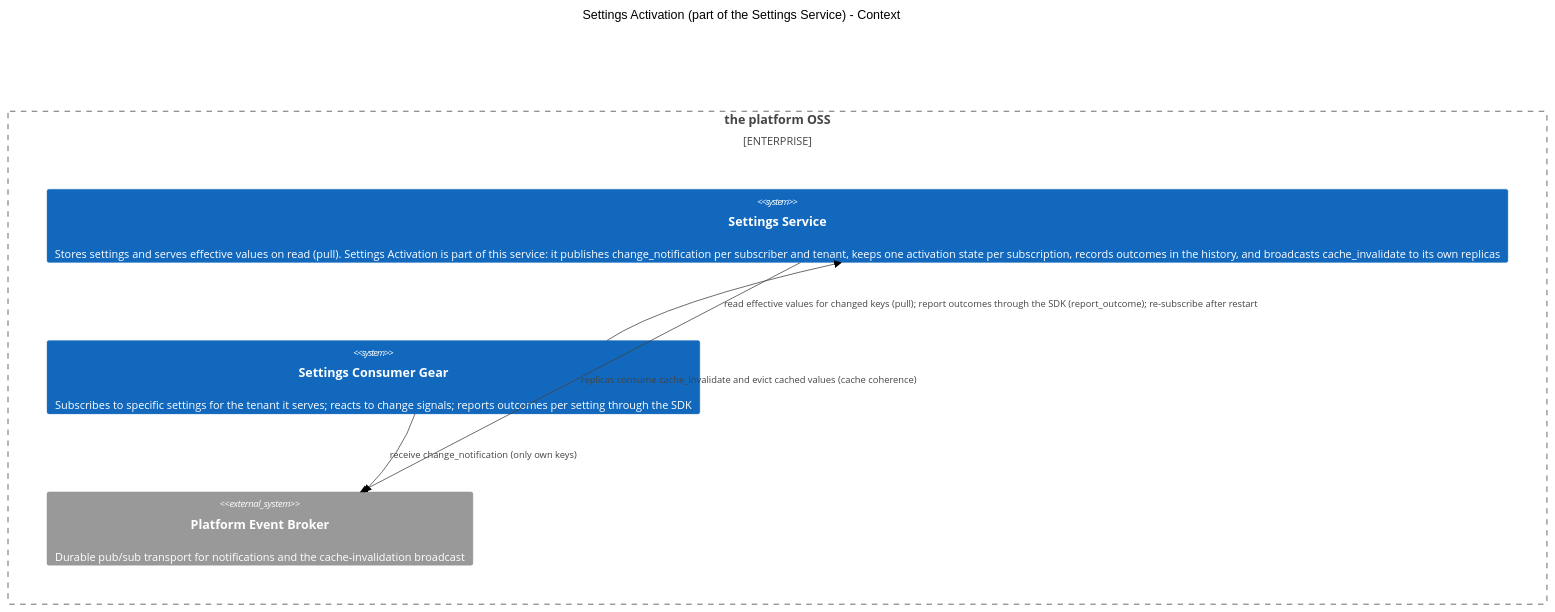
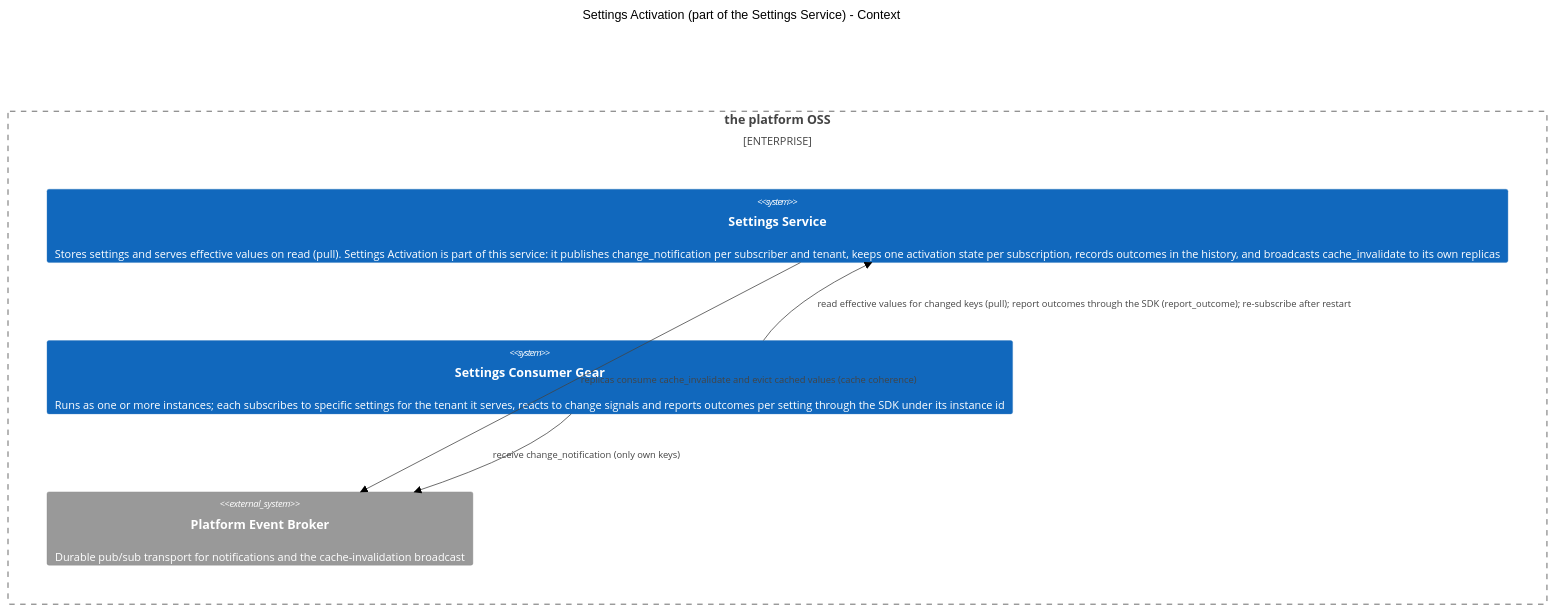
Before and after one commit to shaneemberton/gears-rust: the first of 6 diagrams in gears/settings-service/docs/DESIGN-activation.md, drawn with Mermaid (neutral theme). The commit also changed other lines of this file and 167 other files, not shown here.

````diff
--- a/gears/settings-service/docs/DESIGN-activation.md
+++ b/gears/settings-service/docs/DESIGN-activation.md
@@ -168,13 +168,13 @@
 ```mermaid
 C4Context
  title Settings Activation (part of the Settings Service) - Context
  Enterprise_Boundary(b0, "the platform OSS") {
  System(settings, "Settings Service", "Stores settings and serves effective values on read (pull). Settings Activation is part of this service: it publishes change_notification per subscriber and tenant, keeps one activation state per subscription, records outcomes in the history, and broadcasts cache_invalidate to its own replicas")
- System(consumer, "Settings Consumer Gear", "Subscribes to specific settings for the tenant it serves; reacts to change signals; reports outcomes per setting through the SDK")
+ System(consumer, "Settings Consumer Gear", "Runs as one or more instances; each subscribes to specific settings for the tenant it serves, reacts to change signals and reports outcomes per setting through the SDK under its instance id")
  System_Ext(broker, "Platform Event Broker", "Durable pub/sub transport for notifications and the cache-invalidation broadcast")
  }
  Rel(settings, broker, "publish change_notification (per subscriber and tenant, filtered); publish cache_invalidate (broadcast)")
  Rel(consumer, broker, "receive change_notification (only own keys)")
  Rel(consumer, settings, "read effective values for changed keys (pull); report outcomes through the SDK (report_outcome); re-subscribe after restart")
  Rel(settings, broker, "replicas consume cache_invalidate and evict cached values (cache coherence)")
 ```
````
